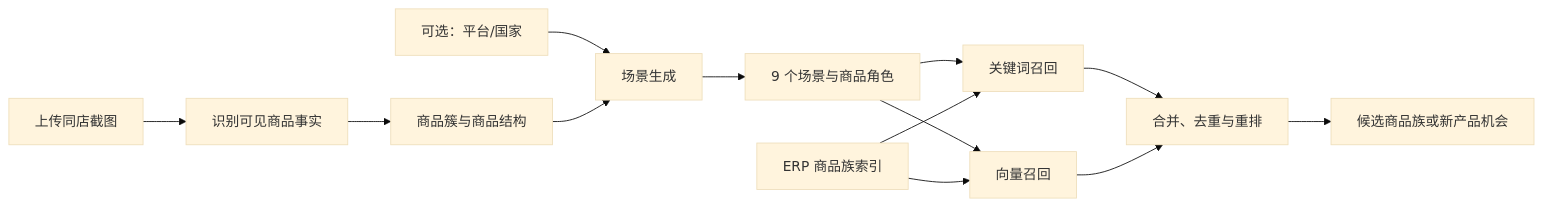
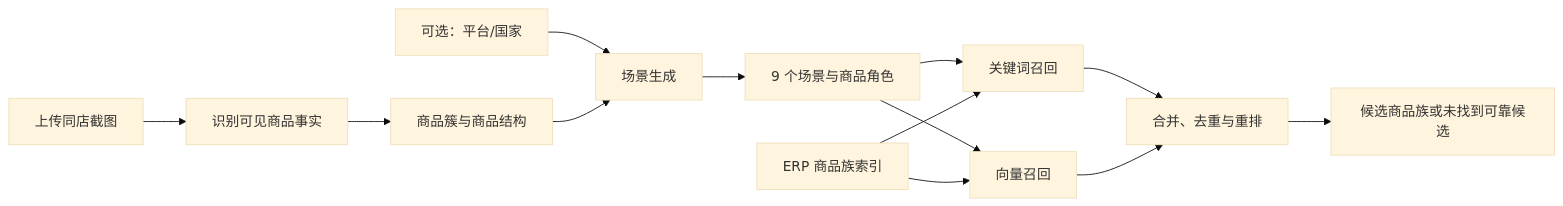
The diagram in docs/superpowers/specs/2026-08-31-store-scenario-inspiration-mvp-design.md (yuanZhang7777777/store-scenario-inspiration), drawn with Mermaid (base theme) before and after one commit. The commit also changed other lines of this file, not shown here.

````diff
--- a/docs/superpowers/specs/2026-08-31-store-scenario-inspiration-mvp-design.md
+++ b/docs/superpowers/specs/2026-08-31-store-scenario-inspiration-mvp-design.md
@@ -79,15 +76,15 @@
 ```mermaid
 flowchart LR
     A[上传同店截图] --> B[识别可见商品事实]
     P[可选：平台/国家] --> D[场景生成]
     B --> C[商品簇与商品结构]
     C --> D
     D --> E[9 个场景与商品角色]
     E --> F[关键词召回]
     E --> G[向量召回]
     F --> H[合并、去重与重排]
     G --> H
     I[ERP 商品族索引] --> F
     I --> G
-    H --> J[候选商品族或新产品机会]
+    H --> J[候选商品族或未找到可靠候选]
 ```
````
